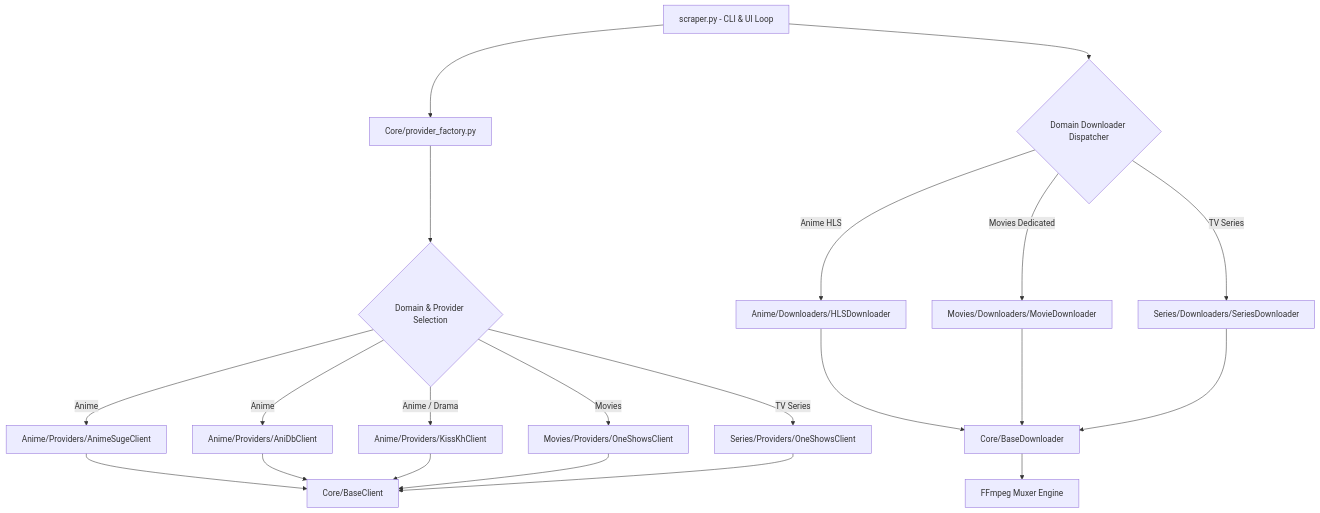
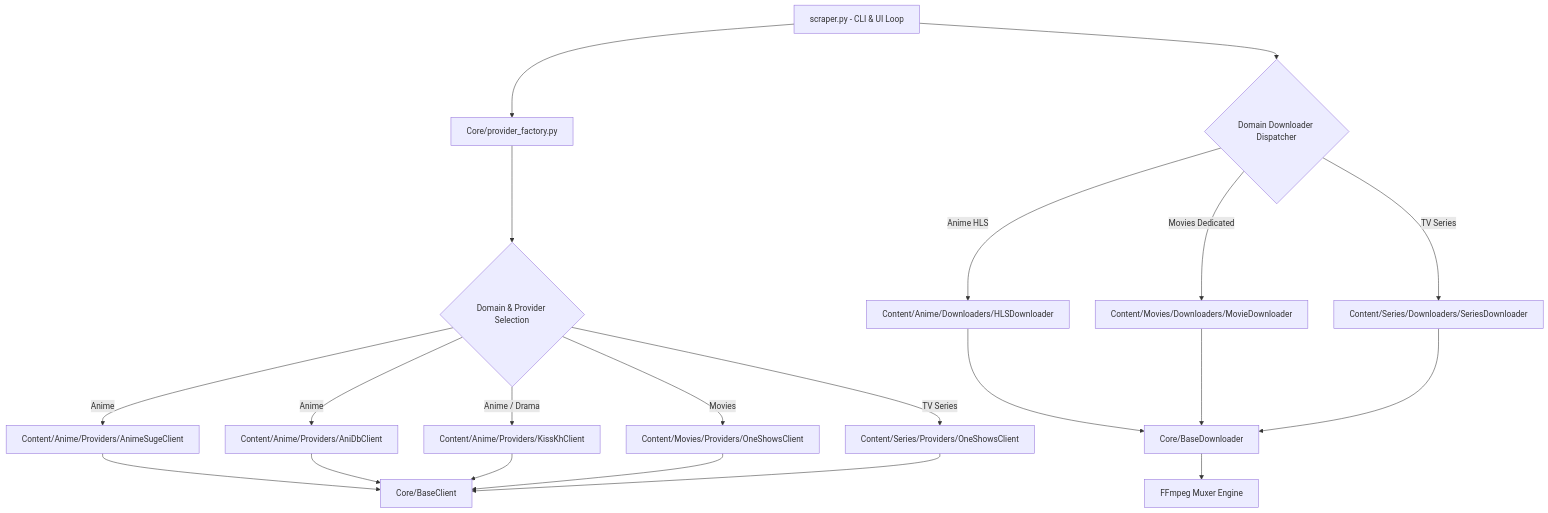
The diagram in Doc.md (th3mw/CLI_DOWNLOADER), drawn with Mermaid before and after one commit. The commit also changed other lines of this file and 26 other files, not shown here.

Commit message:
refactor(structure): nest Anime, Movies, and Series modules inside Content/ directory

````diff
--- a/Doc.md
+++ b/Doc.md
@@ -11,26 +11,26 @@
 ```mermaid
 flowchart TD
     CLI[scraper.py - CLI & UI Loop] --> Factory[Core/provider_factory.py]
     Factory --> ClientChoice{Domain & Provider Selection}
-    ClientChoice -->|Anime| AnimeSuge[Anime/Providers/AnimeSugeClient]
-    ClientChoice -->|Anime| AniDb[Anime/Providers/AniDbClient]
-    ClientChoice -->|Anime / Drama| KissKh[Anime/Providers/KissKhClient]
-    ClientChoice -->|Movies| OneShowsM[Movies/Providers/OneShowsClient]
-    ClientChoice -->|TV Series| OneShowsTV[Series/Providers/OneShowsClient]
+    ClientChoice -->|Anime| AnimeSuge[Content/Anime/Providers/AnimeSugeClient]
+    ClientChoice -->|Anime| AniDb[Content/Anime/Providers/AniDbClient]
+    ClientChoice -->|Anime / Drama| KissKh[Content/Anime/Providers/KissKhClient]
+    ClientChoice -->|Movies| OneShowsM[Content/Movies/Providers/OneShowsClient]
+    ClientChoice -->|TV Series| OneShowsTV[Content/Series/Providers/OneShowsClient]
     
     AnimeSuge --> BaseClient[Core/BaseClient]
     AniDb --> BaseClient
     KissKh --> BaseClient
     OneShowsM --> BaseClient
     OneShowsTV --> BaseClient
 
     CLI --> DownloaderChoice{Domain Downloader Dispatcher}
-    DownloaderChoice -->|Anime HLS| AnimeHLS[Anime/Downloaders/HLSDownloader]
-    DownloaderChoice -->|Movies Dedicated| MovieDL[Movies/Downloaders/MovieDownloader]
-    DownloaderChoice -->|TV Series| SeriesDL[Series/Downloaders/SeriesDownloader]
+    DownloaderChoice -->|Anime HLS| AnimeHLS[Content/Anime/Downloaders/HLSDownloader]
+    DownloaderChoice -->|Movies Dedicated| MovieDL[Content/Movies/Downloaders/MovieDownloader]
+    DownloaderChoice -->|TV Series| SeriesDL[Content/Series/Downloaders/SeriesDownloader]
     
     AnimeHLS --> BaseDownloader[Core/BaseDownloader]
     MovieDL --> BaseDownloader
     SeriesDL --> BaseDownloader
     BaseDownloader --> FFmpeg[FFmpeg Muxer Engine]
 ```
````
